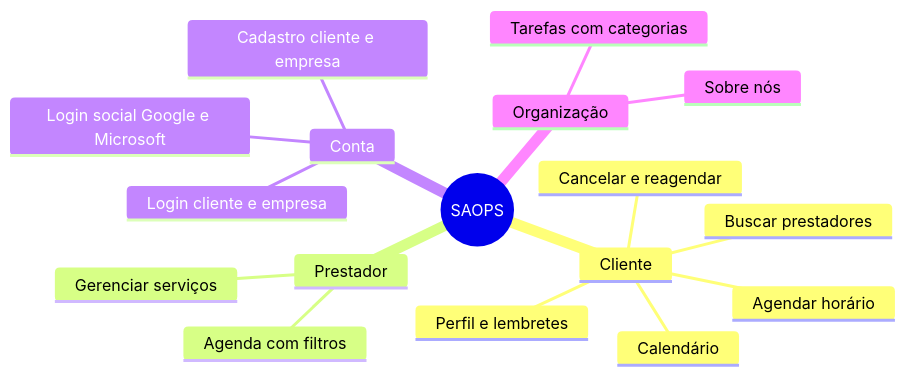
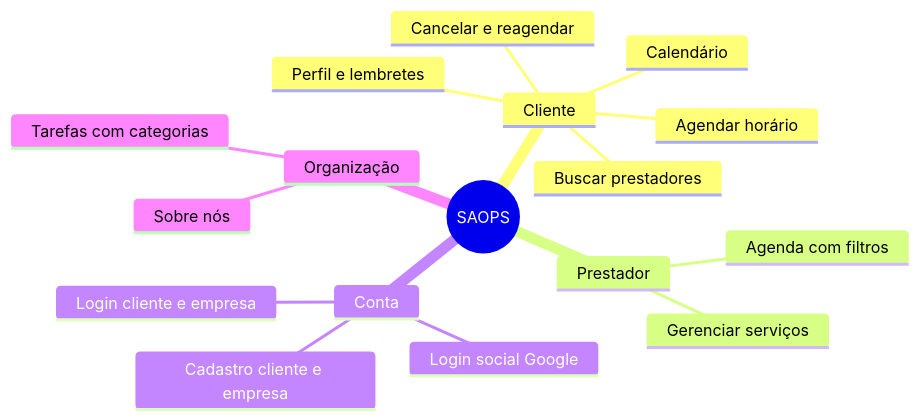
One commit to mateusACM/SAOPS changed the ninth of 9 diagrams in DIAGRAMAS.md. Above: the diagram before and after it, drawn with Mermaid. The commit also changed other lines of this file and 34 other files, not shown here.

Commit message:
Connect provider profiles and booking flow

````diff
--- a/DIAGRAMAS.md
+++ b/DIAGRAMAS.md
@@ -224,20 +226,20 @@
 ```mermaid
 mindmap
     root((SAOPS))
         Cliente
             Buscar prestadores
             Agendar horário
             Calendário
             Cancelar e reagendar
             Perfil e lembretes
         Prestador
             Agenda com filtros
             Gerenciar serviços
         Conta
             Login cliente e empresa
             Cadastro cliente e empresa
-            Login social Google e Microsoft
+            Login social Google
         Organização
             Tarefas com categorias
             Sobre nós
 ```
````
